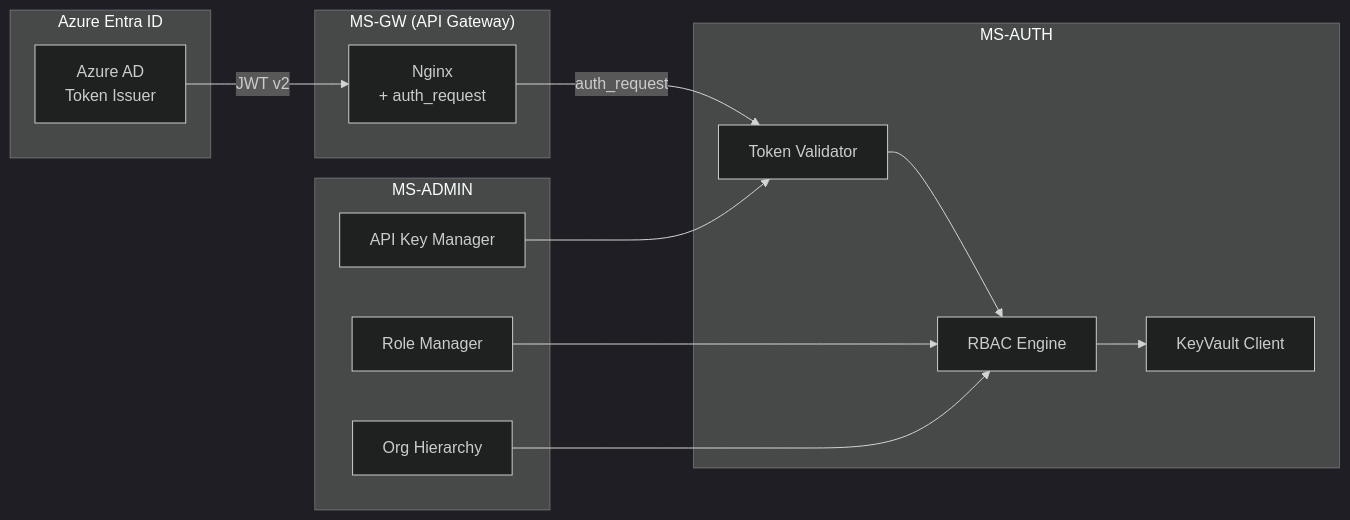
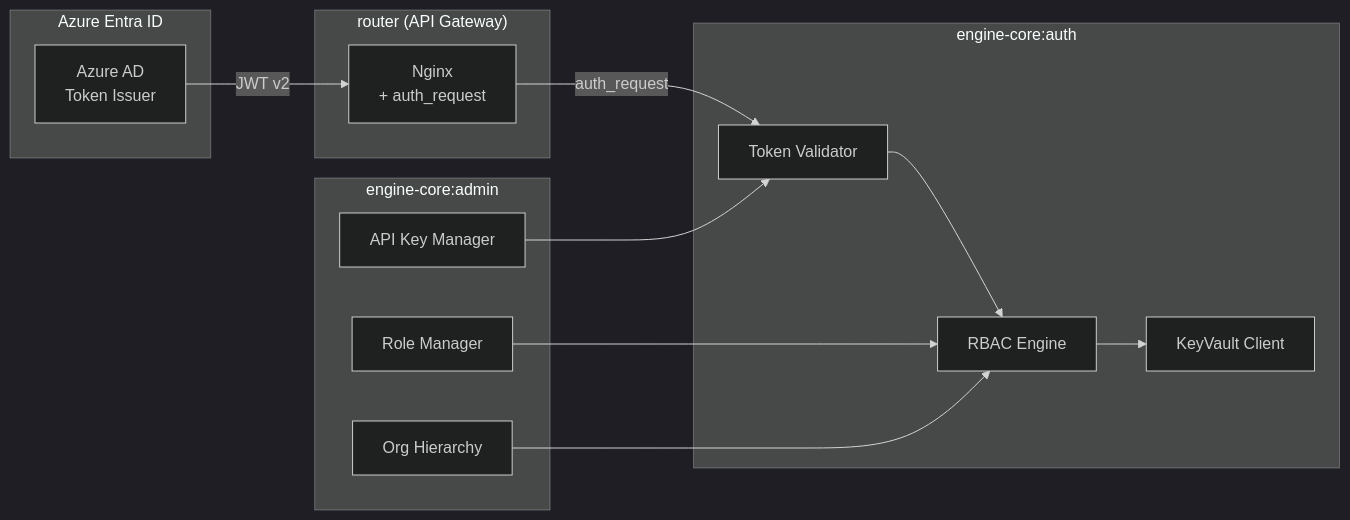
One commit to JanBartyzal/ReportAutomatization changed the fourth of 7 diagrams in docs/microservices_decomposition.md. Above: the diagram before and after it, drawn with Mermaid (dark theme). The commit also changed other lines of this file and 149 other files, not shown here.

````diff
--- a/docs/microservices_decomposition.md
+++ b/docs/microservices_decomposition.md
@@ -187,30 +187,30 @@
 ```mermaid
 graph LR
     subgraph "Azure Entra ID"
         AAD[Azure AD<br/>Token Issuer]
     end
 
-    subgraph "MS-GW (API Gateway)"
+    subgraph "router (API Gateway)"
         TR[Nginx<br/>+ auth_request]
     end
 
-    subgraph "MS-AUTH"
+    subgraph "engine-core:auth"
         TV[Token Validator]
         RBAC[RBAC Engine]
         KV[KeyVault Client]
     end
 
-    subgraph "MS-ADMIN"
+    subgraph "engine-core:admin"
         ROLES[Role Manager]
         KEYS[API Key Manager]
         ORG[Org Hierarchy]
     end
 
     AAD -->|JWT v2| TR
     TR -->|auth_request| TV
     TV --> RBAC
     RBAC --> KV
     ROLES --> RBAC
     KEYS --> TV
     ORG --> RBAC
 ```
````
